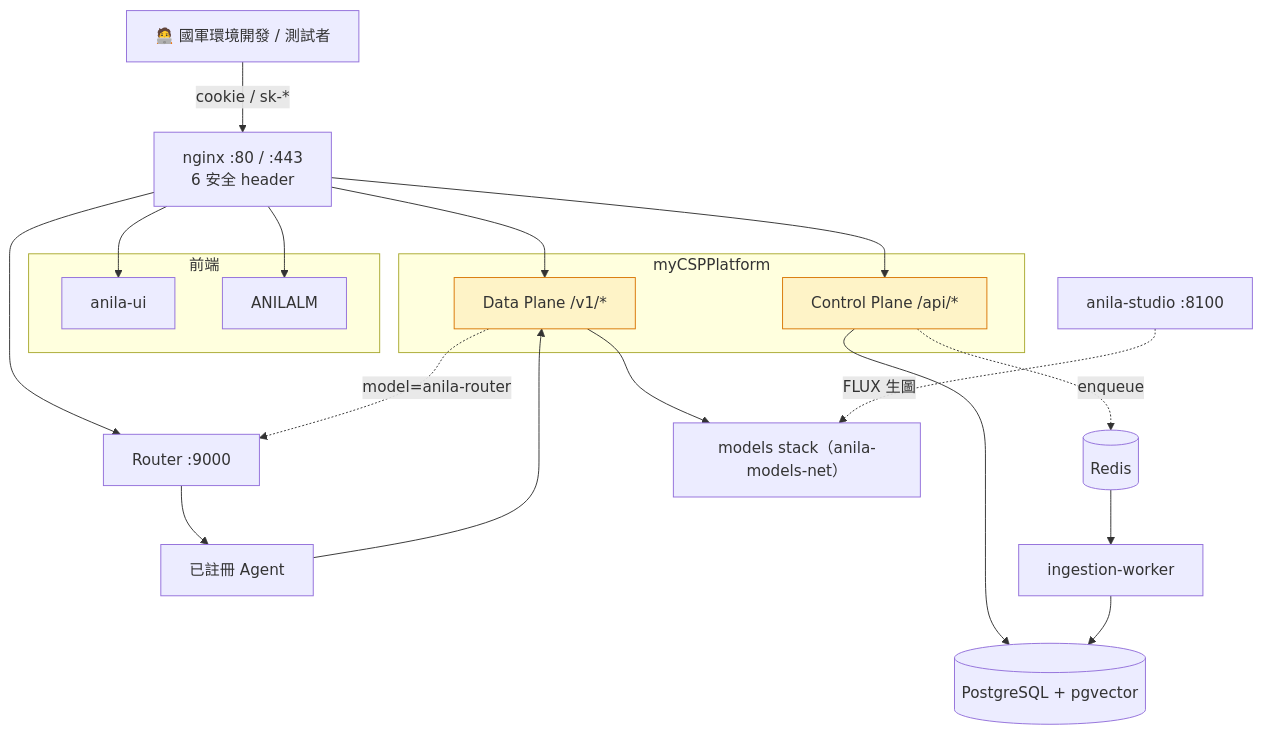
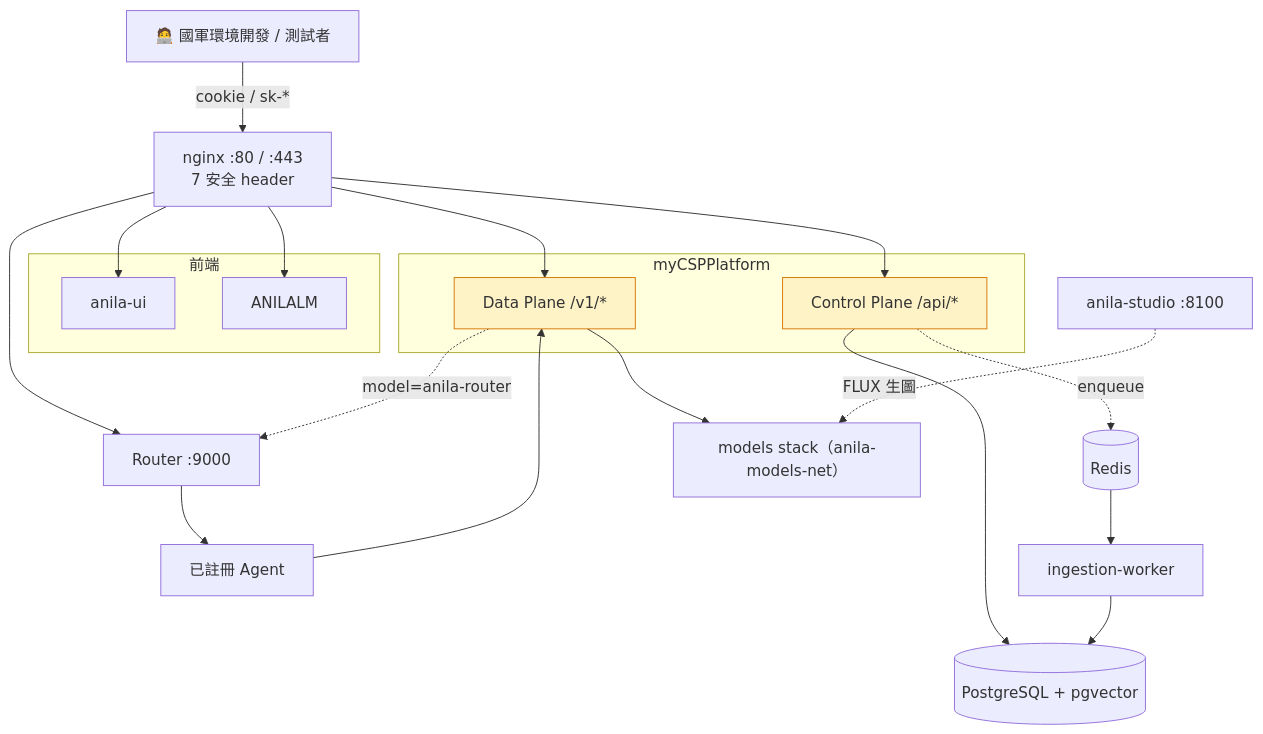
One commit to zzw09773/ANILA changed the diagram in README.md. Above: the diagram before and after it, drawn with Mermaid. The commit also changed other lines of this file and 29 other files, not shown here.

````diff
--- a/README.md
+++ b/README.md
@@ -58,33 +58,33 @@
 ```mermaid
 flowchart TB
     devs["🧑‍💻 國軍環境開發 / 測試者"]
-    nginx["nginx :80 / :443<br/>6 安全 header"]
+    nginx["nginx :80 / :443<br/>7 安全 header"]
 
     subgraph spas["前端"]
         anila_ui["anila-ui"]
         anilalm["ANILALM"]
     end
 
     subgraph csp["myCSPPlatform"]
         csp_ctrl["Control Plane /api/*"]
         csp_data["Data Plane /v1/*"]
     end
 
     studio["anila-studio :8100"]
     router_core["Router :9000"]
     agents["已註冊 Agent"]
     redis[("Redis")]
     worker["ingestion-worker"]
     llm["models stack（anila-models-net）"]
     db[("PostgreSQL + pgvector")]
 
     devs -->|cookie / sk-*| nginx --> anila_ui & anilalm & csp_ctrl & csp_data & router_core
     csp_data -.->|model=anila-router| router_core --> agents --> csp_data
     csp_ctrl --> db
     csp_data --> llm
     csp_ctrl -.->|enqueue| redis --> worker --> db
     studio -.->|FLUX 生圖| llm
 
     classDef plane fill:#fef3c7,stroke:#d97706
     class csp_ctrl,csp_data plane
 ```
````
